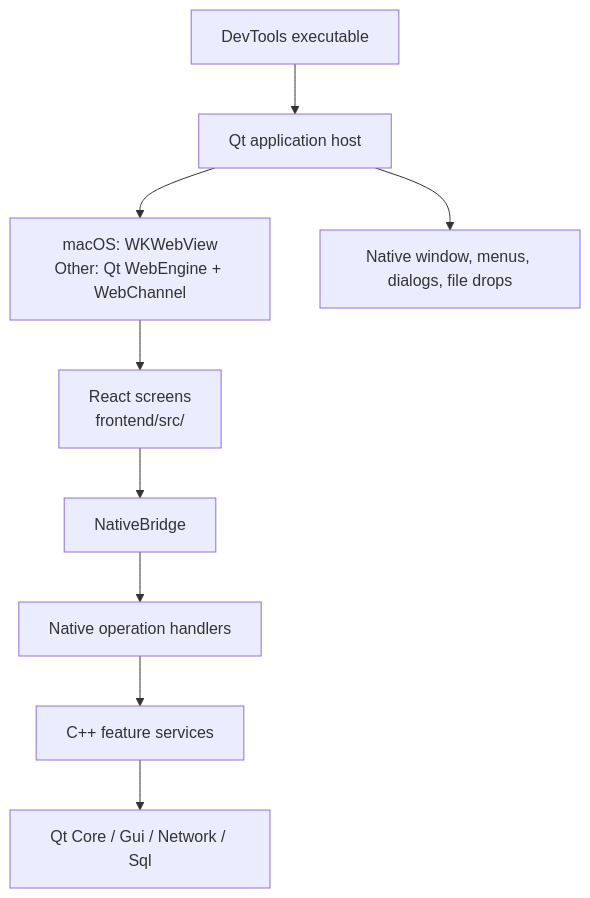
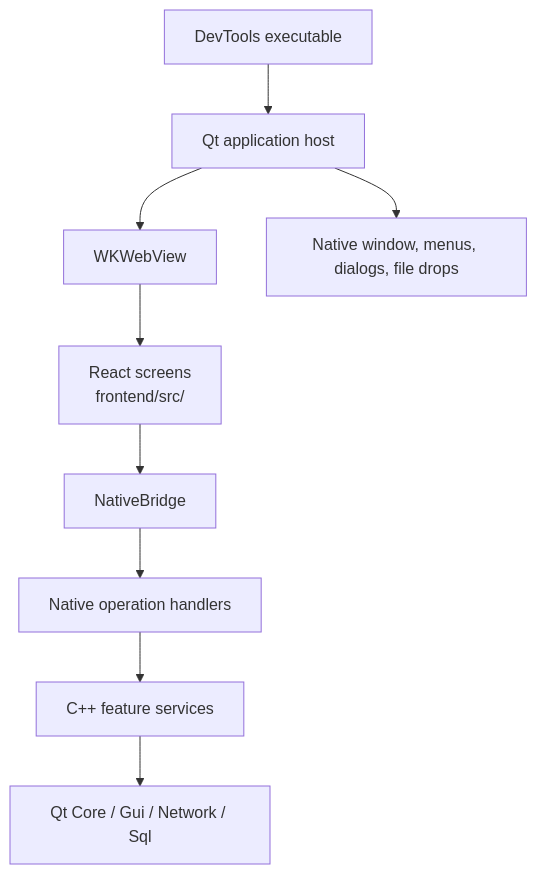
The first of 2 diagrams in docs/development/architecture.md (LotusAndCompany/devtools), drawn with Mermaid before and after one commit. The commit also changed other lines of this file and 39 other files, not shown here.

Commit message:
refactor(mac): remove Qt WebEngine host

````diff
--- a/docs/development/architecture.md
+++ b/docs/development/architecture.md
@@ -45,11 +44,11 @@
 ```mermaid
 flowchart TD
     app["DevTools executable"] --> host["Qt application host"]
-    host --> hostview["macOS: WKWebView<br/>Other: Qt WebEngine + WebChannel"]
+    host --> hostview["WKWebView"]
     hostview --> react["React screens<br/>frontend/src/"]
     react --> bridge["NativeBridge"]
     bridge --> handlers["Native operation handlers"]
     handlers --> services["C++ feature services"]
     services --> core["Qt Core / Gui / Network / Sql"]
     host --> platform["Native window, menus, dialogs, file drops"]
 ```
````
